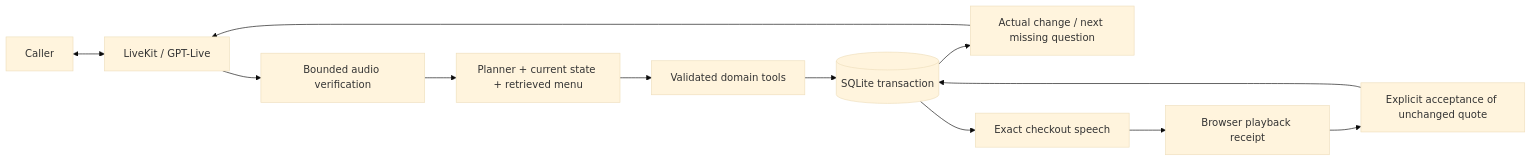
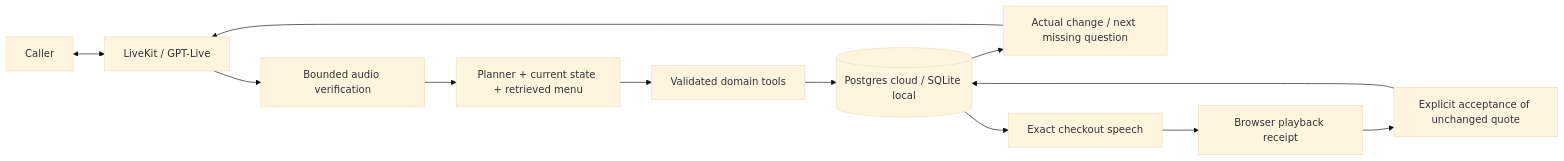
Before and after one commit to clechz/sawt_demo: the diagram in DESIGN.md, drawn with Mermaid (base theme). The commit also changed other lines of this file and 34 other files, not shown here.

````diff
--- a/DESIGN.md
+++ b/DESIGN.md
@@ -11,14 +16,14 @@
 ```mermaid
 flowchart LR
   C[Caller] <--> M[LiveKit / GPT-Live]
   M --> V[Bounded audio verification]
   V --> P[Planner + current state + retrieved menu]
   P --> D[Validated domain tools]
-  D --> T[(SQLite transaction)]
+  D --> T[(Postgres cloud / SQLite local)]
   T --> R[Actual change / next missing question]
   R --> M
   T --> Q[Exact checkout speech]
   Q --> B[Browser playback receipt]
   B --> A[Explicit acceptance of unchanged quote]
   A --> T
 ```
````
